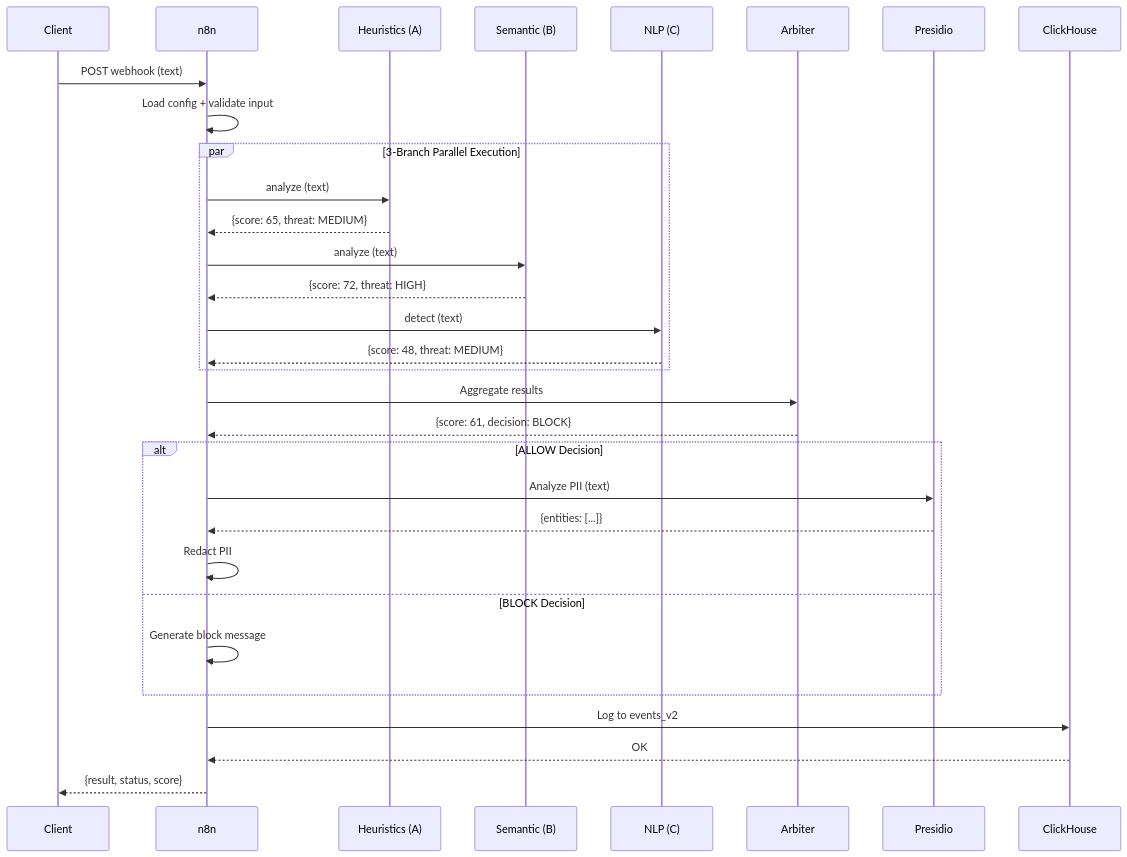
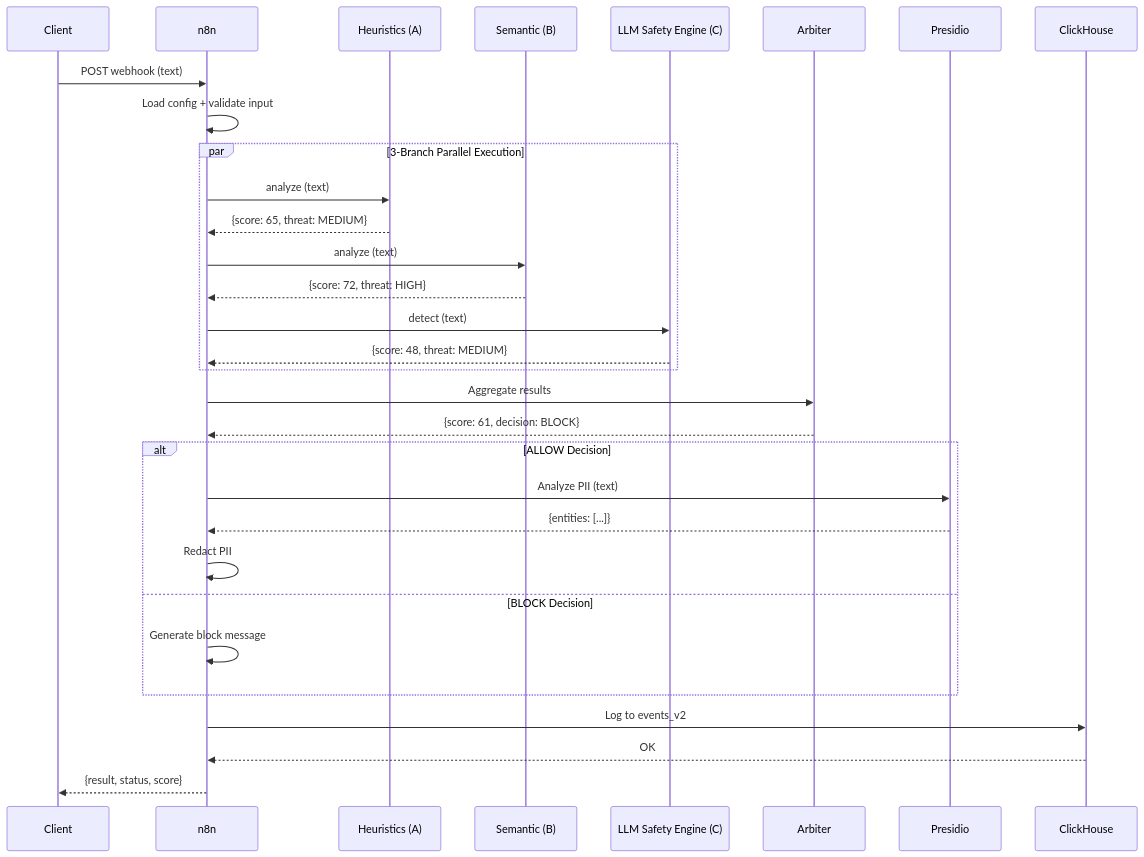
Before and after one commit to tbartel74/Vigil-Guard: the first of 2 diagrams in docs/ARCHITECTURE.md, drawn with Mermaid. The commit also changed other lines of this file and 38 other files, not shown here.

First line of the commit message:
fix: complete PR #55 review - v2.0.0 3-branch architecture refinements

````diff
--- a/docs/ARCHITECTURE.md
+++ b/docs/ARCHITECTURE.md
@@ -1034,41 +1034,41 @@
 ```mermaid
 sequenceDiagram
     participant Client
     participant n8n
     participant BranchA as Heuristics (A)
     participant BranchB as Semantic (B)
-    participant BranchC as NLP (C)
+    participant BranchC as LLM Safety Engine (C)
     participant Arbiter
     participant Presidio
     participant ClickHouse
 
     Client->>n8n: POST webhook (text)
     n8n->>n8n: Load config + validate input
 
     par 3-Branch Parallel Execution
         n8n->>BranchA: analyze (text)
         BranchA-->>n8n: {score: 65, threat: MEDIUM}
 
         n8n->>BranchB: analyze (text)
         BranchB-->>n8n: {score: 72, threat: HIGH}
 
         n8n->>BranchC: detect (text)
         BranchC-->>n8n: {score: 48, threat: MEDIUM}
     end
 
     n8n->>Arbiter: Aggregate results
     Arbiter-->>n8n: {score: 61, decision: BLOCK}
 
     alt ALLOW Decision
         n8n->>Presidio: Analyze PII (text)
         Presidio-->>n8n: {entities: [...]}
         n8n->>n8n: Redact PII
     else BLOCK Decision
         n8n->>n8n: Generate block message
     end
 
     n8n->>ClickHouse: Log to events_v2
     ClickHouse-->>n8n: OK
 
     n8n-->>Client: {result, status, score}
 ```
````
